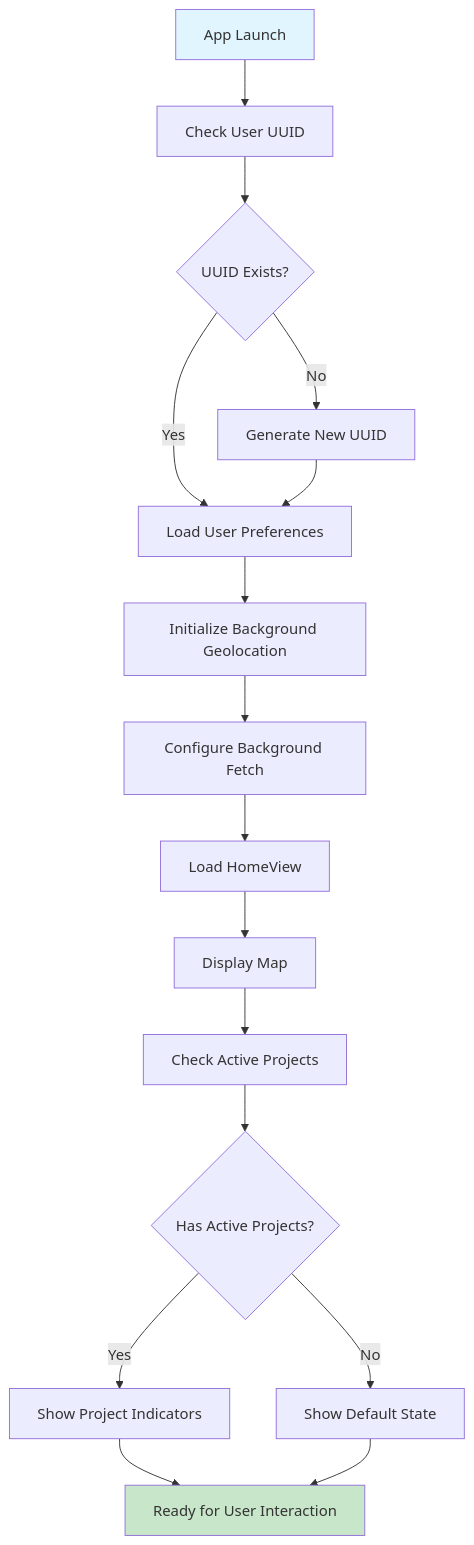
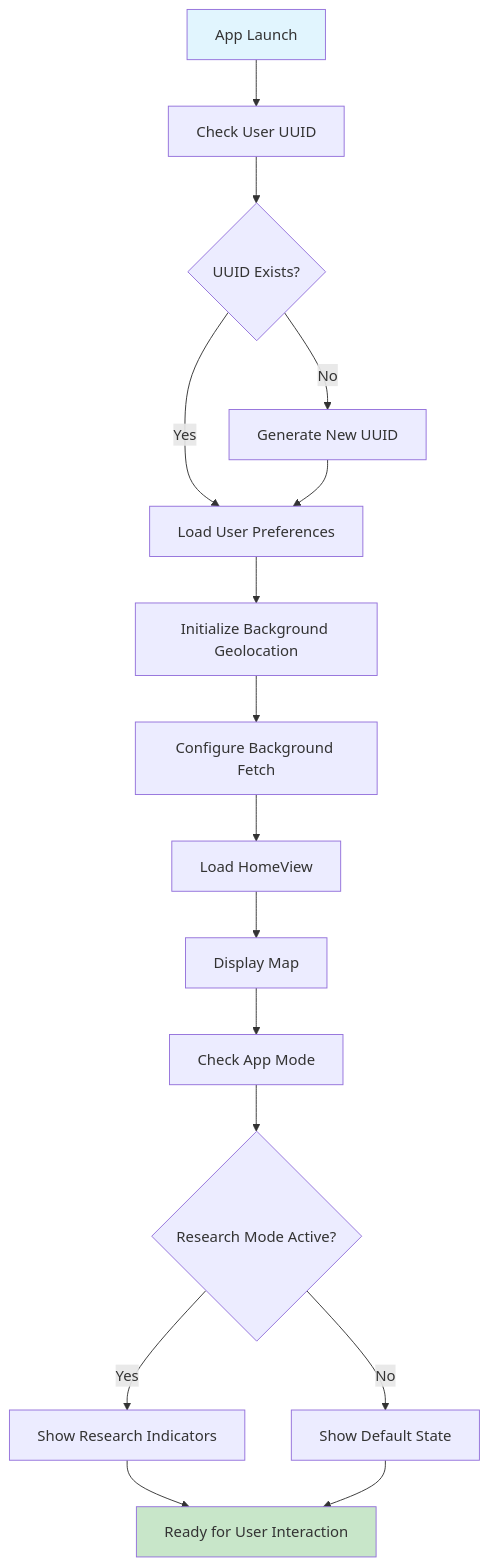
One commit to ActivitySpaceLab/gauteng-wellbeing-mapper-app changed the first of 10 diagrams in docs/FLOW_CHARTS.md. Above: the diagram before and after it, drawn with Mermaid. The commit also changed other lines of this file and 5 other files, not shown here.

````diff
--- a/docs/FLOW_CHARTS.md
+++ b/docs/FLOW_CHARTS.md
@@ -15,21 +15,21 @@
 ```mermaid
 flowchart TD
     A[App Launch] --> B[Check User UUID]
     B --> C{UUID Exists?}
     C -->|No| D[Generate New UUID]
     C -->|Yes| E[Load User Preferences]
     D --> E
     E --> F[Initialize Background Geolocation]
     F --> G[Configure Background Fetch]
     G --> H[Load HomeView]
     H --> I[Display Map]
-    I --> J[Check Active Projects]
-    J --> K{Has Active Projects?}
-    K -->|Yes| L[Show Project Indicators]
+    I --> J[Check App Mode]
+    J --> K{Research Mode Active?}
+    K -->|Yes| L[Show Research Indicators]
     K -->|No| M[Show Default State]
     L --> N[Ready for User Interaction]
     M --> N
     
     style A fill:#e1f5fe
     style N fill:#c8e6c9
 ```
````
